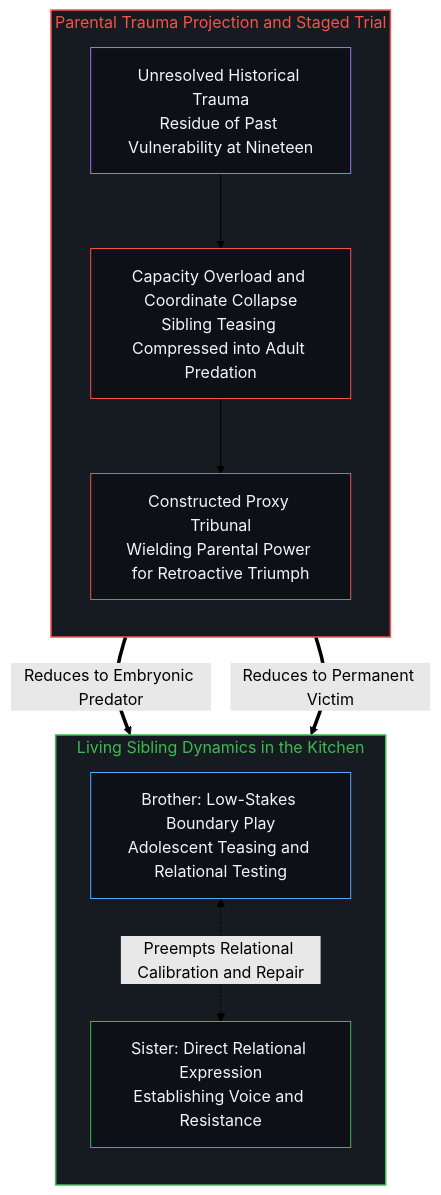
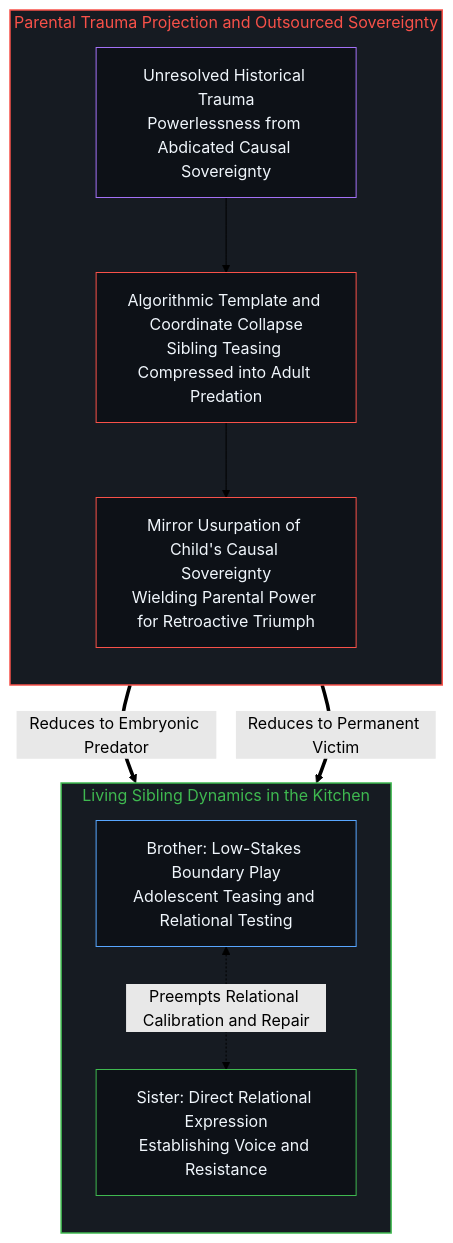
Before and after one commit to powerpig99/not-a-toe: the second of 6 diagrams in content/posts/the-unfrictioned-mind-and-borrowed-omnipotence.md, drawn with Mermaid (forest theme). The commit also changed other lines of this file and 4 other files, not shown here.

Commit message:
Refactor Post #354: articulate causal abdication and mirror usurpation of child's sovereignty

````diff
--- a/content/posts/the-unfrictioned-mind-and-borrowed-omnipotence.md
+++ b/content/posts/the-unfrictioned-mind-and-borrowed-omnipotence.md
@@ -45,25 +45,25 @@
 ```mermaid
 flowchart TD
-  subgraph S_PAR["Parental Trauma Projection and Staged Trial"]
+  subgraph S_PAR["Parental Trauma Projection and Outsourced Sovereignty"]
     direction TB
-    P_TRAUMA["Unresolved Historical Trauma<br/>Residue of Past Vulnerability at Nineteen"]
-    P_COMPRESS["Capacity Overload and Coordinate Collapse<br/>Sibling Teasing Compressed into Adult Predation"]
-    P_GHOST["Constructed Proxy Tribunal<br/>Wielding Parental Power for Retroactive Triumph"]
+    P_TRAUMA["Unresolved Historical Trauma<br/>Powerlessness from Abdicated Causal Sovereignty"]
+    P_COMPRESS["Algorithmic Template and Coordinate Collapse<br/>Sibling Teasing Compressed into Adult Predation"]
+    P_GHOST["Mirror Usurpation of Child's Causal Sovereignty<br/>Wielding Parental Power for Retroactive Triumph"]
   end
   subgraph S_REAL["Living Sibling Dynamics in the Kitchen"]
     direction TB
     R_BROTHER["Brother: Low-Stakes Boundary Play<br/>Adolescent Teasing and Relational Testing"]
     R_SISTER["Sister: Direct Relational Expression<br/>Establishing Voice and Resistance"]
   end
   P_TRAUMA --> P_COMPRESS --> P_GHOST
   P_GHOST ==>|"Reduces to Embryonic Predator"| R_BROTHER
   P_GHOST ==>|"Reduces to Permanent Victim"| R_SISTER
   R_BROTHER <-.->|"Preempts Relational Calibration and Repair"| R_SISTER
   style S_PAR fill:#161b22,stroke:#f85149,stroke-width:1.5px,color:#f85149
   style S_REAL fill:#161b22,stroke:#3fb950,stroke-width:1.5px,color:#3fb950
   style P_TRAUMA fill:#0d1117,stroke:#a371f7,stroke-width:1px,color:#f0f6fc
   style P_COMPRESS fill:#0d1117,stroke:#f85149,stroke-width:1px,color:#f0f6fc
   style P_GHOST fill:#0d1117,stroke:#f85149,stroke-width:1px,color:#f0f6fc
   style R_BROTHER fill:#0d1117,stroke:#58a6ff,stroke-width:1px,color:#f0f6fc
   style R_SISTER fill:#0d1117,stroke:#3fb950,stroke-width:1px,color:#f0f6fc
 ```
````
